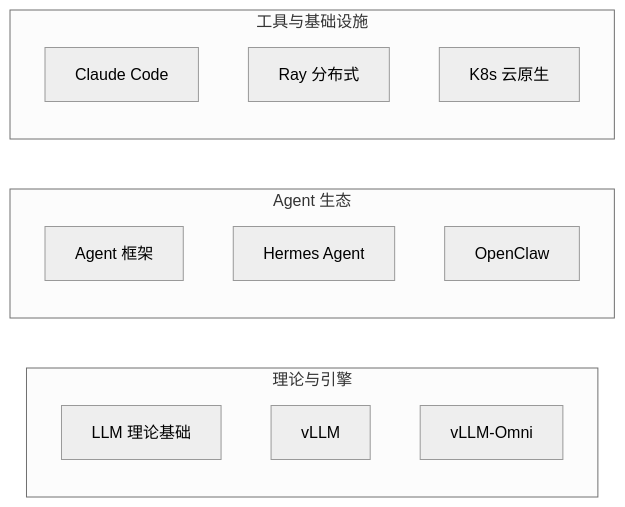
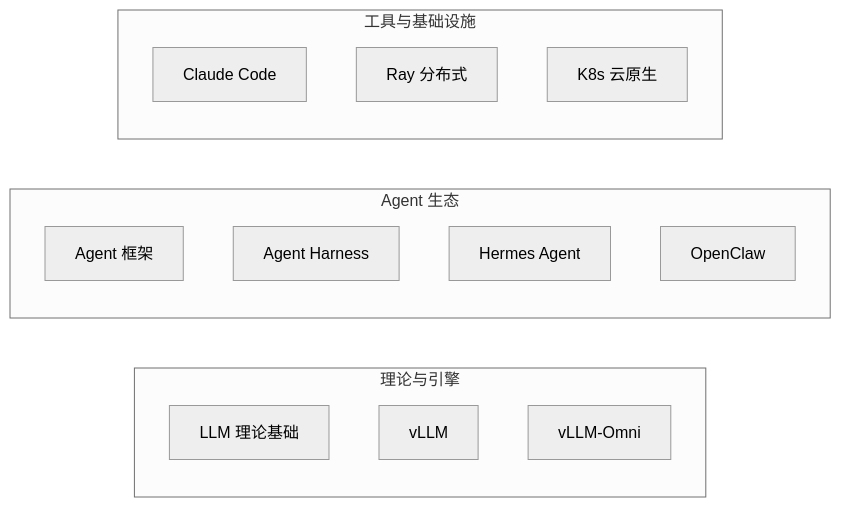
One commit to keyuanweb/ai-learning-path changed the first of 2 diagrams in README.md. Above: the diagram before and after it, drawn with Mermaid (neutral theme). The commit also changed other lines of this file and 22 other files, not shown here.

First line of the commit message:
docs: add Agent Harness learning path with repo cross-references

````diff
--- a/README.md
+++ b/README.md
@@ -7,21 +7,22 @@
 ```mermaid
 flowchart LR
   subgraph theory [理论与引擎]
     direction TB
     p1[LLM 理论基础]
     p2[vLLM]
     p3[vLLM-Omni]
   end
   subgraph agentEco [Agent 生态]
     direction TB
     p4[Agent 框架]
+    p4b[Agent Harness]
     p5[Hermes Agent]
     p6[OpenClaw]
   end
   subgraph tooling [工具与基础设施]
     direction TB
     p7[Claude Code]
     p8[Ray 分布式]
     p9[K8s 云原生]
   end
 ```
````
